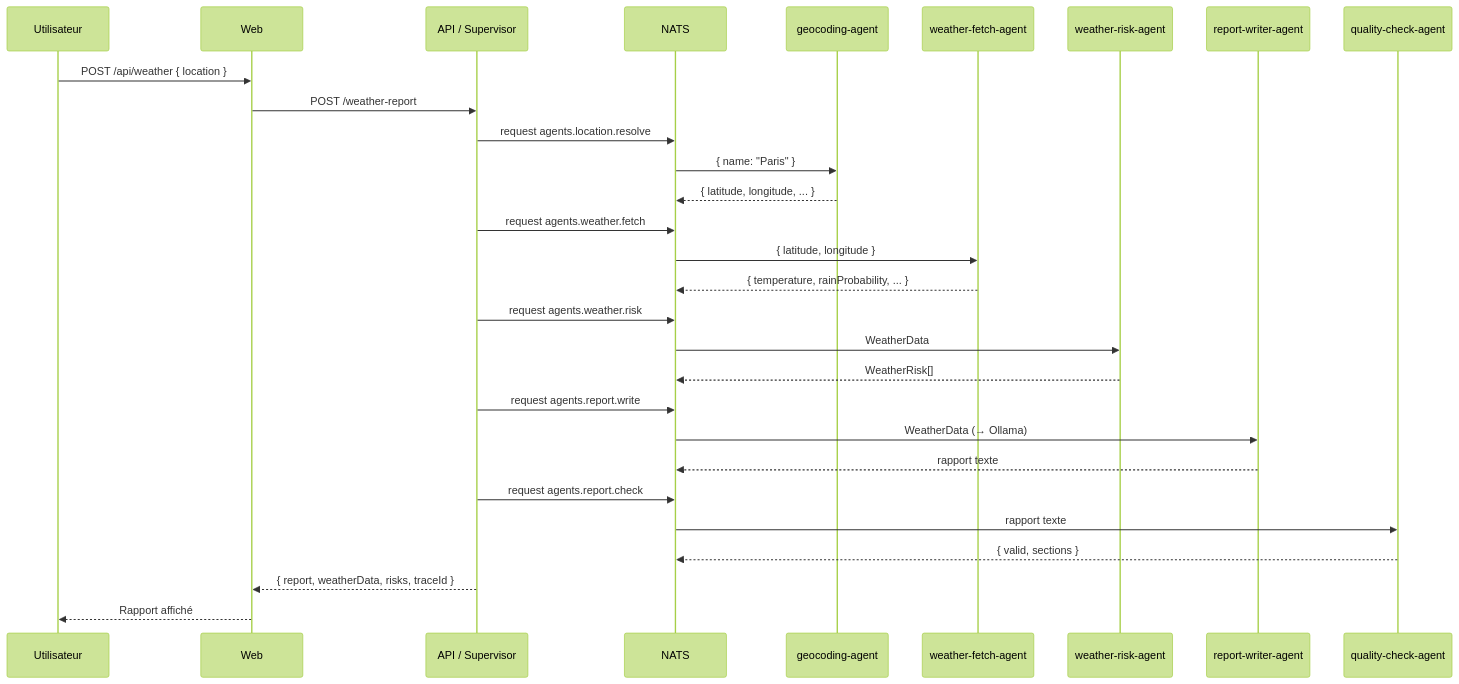
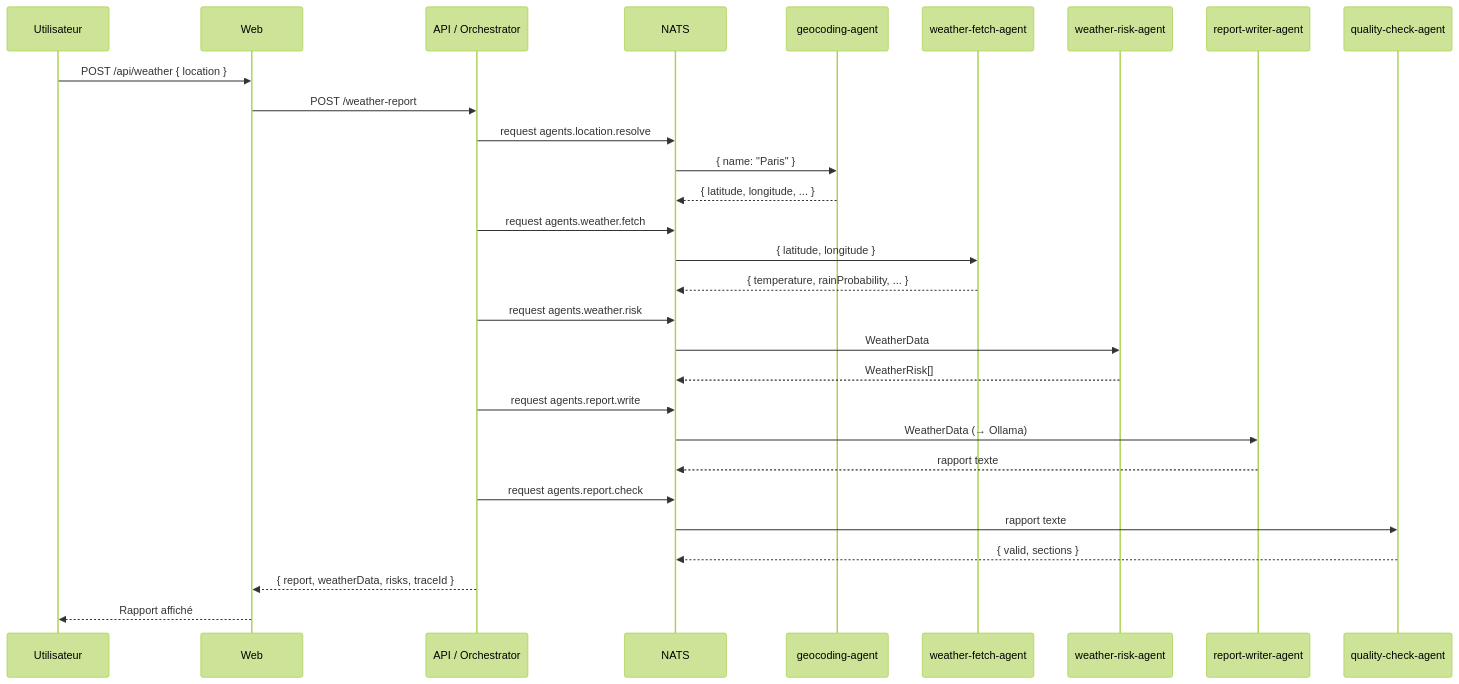
Before and after one commit to yohikofox/poc-agent-meteo: the second of 2 diagrams in README.md, drawn with Mermaid (forest theme). The commit also changed other lines of this file and 9 other files, not shown here.

First line of the commit message:
refactor: renommer Supervisor → Orchestrator pour coller à la sémantique agentique

````diff
--- a/README.md
+++ b/README.md
@@ -95,32 +95,32 @@
 ```mermaid
 sequenceDiagram
     participant U as Utilisateur
     participant W as Web
-    participant A as API / Supervisor
+    participant A as API / Orchestrator
     participant N as NATS
     participant G as geocoding-agent
     participant WF as weather-fetch-agent
     participant WR as weather-risk-agent
     participant RW as report-writer-agent
     participant QC as quality-check-agent
 
     U->>W: POST /api/weather { location }
     W->>A: POST /weather-report
     A->>N: request agents.location.resolve
     N->>G: { name: "Paris" }
     G-->>N: { latitude, longitude, ... }
     A->>N: request agents.weather.fetch
     N->>WF: { latitude, longitude }
     WF-->>N: { temperature, rainProbability, ... }
     A->>N: request agents.weather.risk
     N->>WR: WeatherData
     WR-->>N: WeatherRisk[]
     A->>N: request agents.report.write
     N->>RW: WeatherData (→ Ollama)
     RW-->>N: rapport texte
     A->>N: request agents.report.check
     N->>QC: rapport texte
     QC-->>N: { valid, sections }
     A-->>W: { report, weatherData, risks, traceId }
     W-->>U: Rapport affiché
 ```
````
